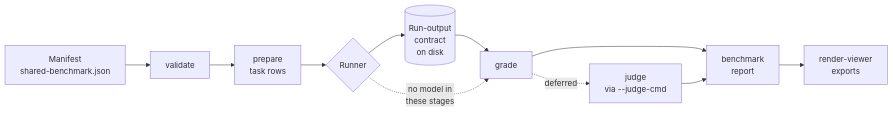
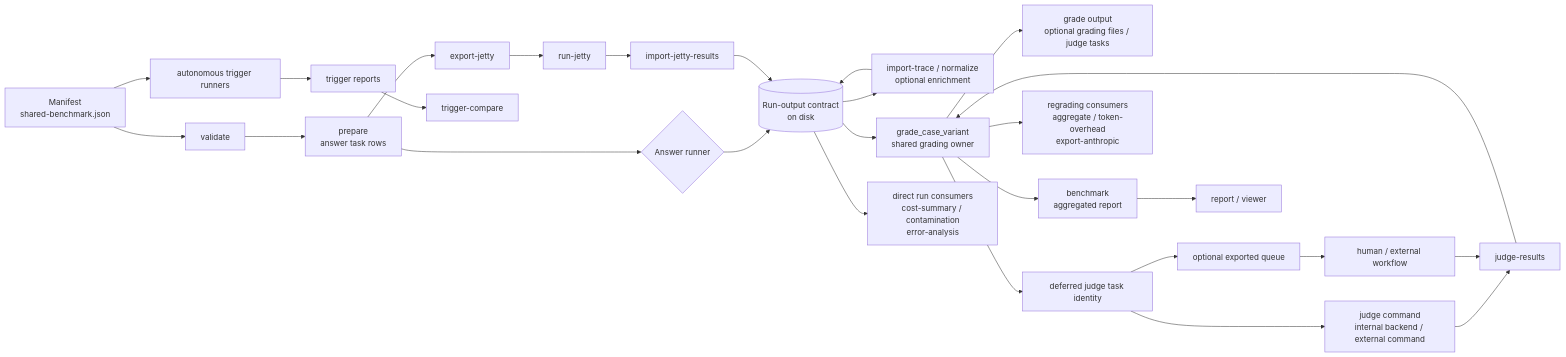
The first of 4 diagrams in docs/architecture.md (adewale/skill-eval-harness), drawn with Mermaid before and after one commit. The commit also changed other lines of this file and 6 other files, not shown here.

First line of the commit message:
docs: cover the full pipeline in the OTel roadmap (#63)

````diff
--- a/docs/architecture.md
+++ b/docs/architecture.md
@@ -16,14 +19,31 @@
 ```mermaid
 flowchart LR
     M[Manifest\nshared-benchmark.json] --> V[validate]
-    V --> P[prepare\ntask rows]
-    P --> R{Runner}
-    R --> C[(Run-output\ncontract\non disk)]
-    C --> G[grade]
-    G --> B[benchmark\nreport]
-    B --> VW[render-viewer\nexports]
+    V --> P[prepare\nanswer task rows]
+    P --> R{Answer runner}
+    P --> EJ[export-jetty]
+    EJ --> RJ[run-jetty]
+    RJ --> IJ[import-jetty-results]
+    R --> C[(Run-output contract\non disk)]
+    IJ --> C
+    C --> IT[import-trace / normalize\noptional enrichment]
+    IT --> C
 
-    R -.no model in\nthese stages.-> G
-    G -.->|deferred| J[judge\nvia --judge-cmd]
-    J --> B
+    C --> G[grade_case_variant\nshared grading owner]
+    G --> GO[grade output\noptional grading files / judge tasks]
+    G --> B[benchmark\naggregated report]
+    G --> RC[regrading consumers\naggregate / token-overhead\nexport-anthropic]
+    C --> RA[direct run consumers\ncost-summary / contamination\nerror-analysis]
+    G --> Q[deferred judge task identity]
+    Q --> J[judge command\ninternal backend / external command]
+    Q --> EQ[optional exported queue]
+    EQ --> X[human / external workflow]
+    J --> JR[judge-results]
+    X --> JR
+    JR --> G
+    B --> PP[report / viewer]
+
+    M --> TR[autonomous trigger runners]
+    TR --> TM[trigger reports]
+    TM --> TC[trigger-compare]
 ```
````
